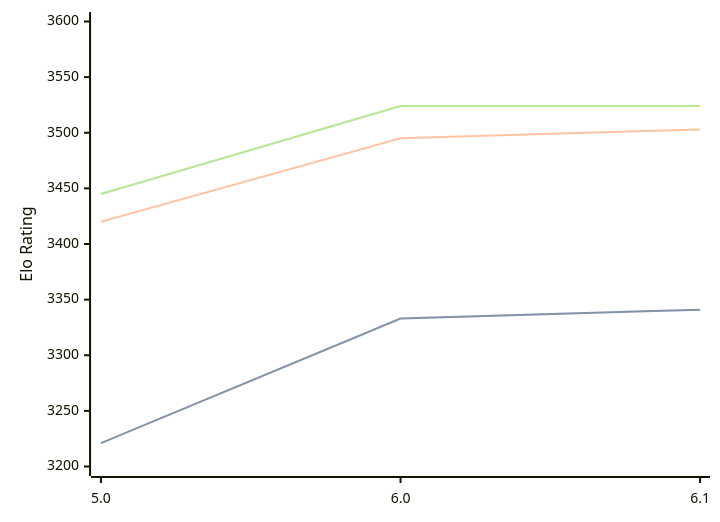
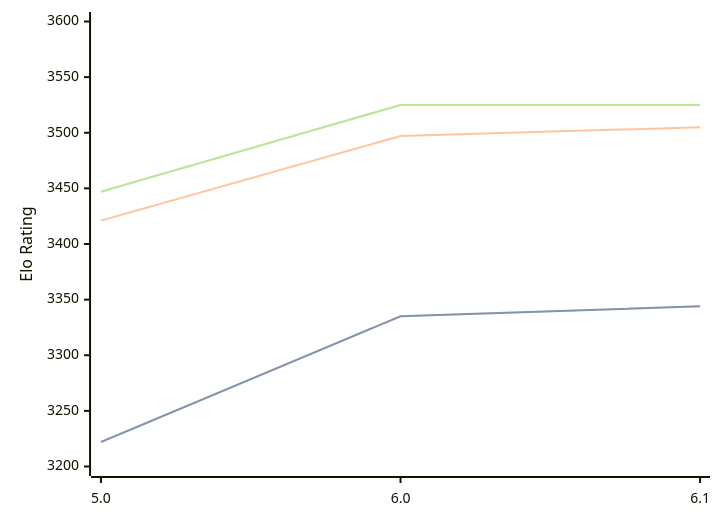
Before and after one commit to computer-chess-index/cci: the diagram in engines/Starzix.md, drawn with Mermaid. The commit also changed other lines of this file, not shown here.

Commit message:
Update CCI Ratings (ELO VLTC) - 2026-10-09

````diff
--- a/engines/Starzix.md
+++ b/engines/Starzix.md
@@ -33,11 +33,11 @@
 ```mermaid
 %%{init: {"theme":"base","themeVariables":{"seriesColors:['#a3a3a3','#222221','#faa371']}}}%%
 xychart-beta
   x-axis ["5.0", "6.0", "6.1"]
   y-axis "Elo Rating" 3200 --> 3600
-  line "" [3221, 3333, 3341]
-  line "STC (8.0+0.08s)" [3221, 3333, 3341]
-  line "LTC (60.0+0.60s)" [3420, 3495, 3503]
-  line "" [3445, 3524, 3524]
-  line "VLTC (2m24s+1.12s)" [3445, 3524, 3524]
+  line "" [3222, 3335, 3344]
+  line "STC (8.0+0.08s)" [3222, 3335, 3344]
+  line "LTC (60.0+0.60s)" [3421, 3497, 3505]
+  line "" [3447, 3525, 3525]
+  line "VLTC (2m24s+1.12s)" [3447, 3525, 3525]
 ```
````
